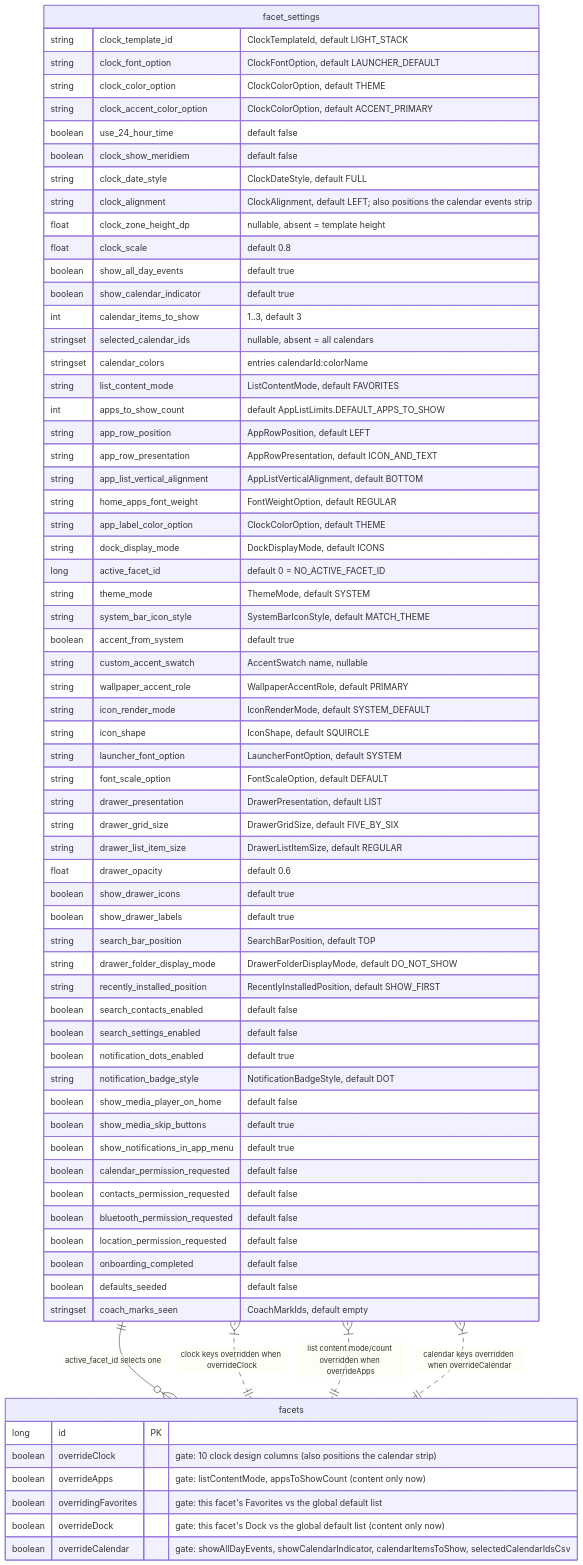
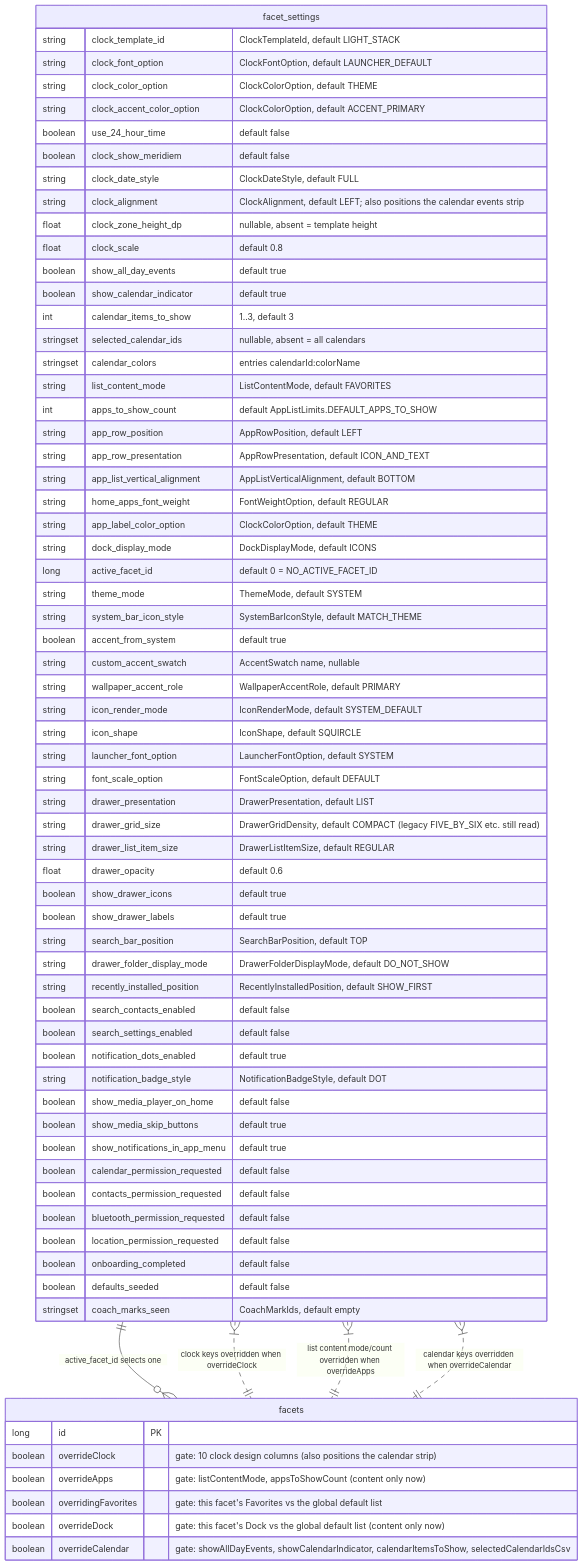
Before and after one commit to rohitganjam/facet-launcher: the third of 3 diagrams in docs/architecture/02-persistence-room.md, drawn with Mermaid. The commit also changed other lines of this file and 24 other files, not shown here.

First line of the commit message:
Drawer grid: density presets sized from the window, search follows the grid

````diff
--- a/docs/architecture/02-persistence-room.md
+++ b/docs/architecture/02-persistence-room.md
@@ -300,75 +300,75 @@
 ```mermaid
 erDiagram
     facet_settings {
         string clock_template_id "ClockTemplateId, default LIGHT_STACK"
         string clock_font_option "ClockFontOption, default LAUNCHER_DEFAULT"
         string clock_color_option "ClockColorOption, default THEME"
         string clock_accent_color_option "ClockColorOption, default ACCENT_PRIMARY"
         boolean use_24_hour_time "default false"
         boolean clock_show_meridiem "default false"
         string clock_date_style "ClockDateStyle, default FULL"
         string clock_alignment "ClockAlignment, default LEFT; also positions the calendar events strip"
         float clock_zone_height_dp "nullable, absent = template height"
         float clock_scale "default 0.8"
         boolean show_all_day_events "default true"
         boolean show_calendar_indicator "default true"
         int calendar_items_to_show "1..3, default 3"
         stringset selected_calendar_ids "nullable, absent = all calendars"
         stringset calendar_colors "entries calendarId:colorName"
         string list_content_mode "ListContentMode, default FAVORITES"
         int apps_to_show_count "default AppListLimits.DEFAULT_APPS_TO_SHOW"
         string app_row_position "AppRowPosition, default LEFT"
         string app_row_presentation "AppRowPresentation, default ICON_AND_TEXT"
         string app_list_vertical_alignment "AppListVerticalAlignment, default BOTTOM"
         string home_apps_font_weight "FontWeightOption, default REGULAR"
         string app_label_color_option "ClockColorOption, default THEME"
         string dock_display_mode "DockDisplayMode, default ICONS"
         long active_facet_id "default 0 = NO_ACTIVE_FACET_ID"
         string theme_mode "ThemeMode, default SYSTEM"
         string system_bar_icon_style "SystemBarIconStyle, default MATCH_THEME"
         boolean accent_from_system "default true"
         string custom_accent_swatch "AccentSwatch name, nullable"
         string wallpaper_accent_role "WallpaperAccentRole, default PRIMARY"
         string icon_render_mode "IconRenderMode, default SYSTEM_DEFAULT"
         string icon_shape "IconShape, default SQUIRCLE"
         string launcher_font_option "LauncherFontOption, default SYSTEM"
         string font_scale_option "FontScaleOption, default DEFAULT"
         string drawer_presentation "DrawerPresentation, default LIST"
-        string drawer_grid_size "DrawerGridSize, default FIVE_BY_SIX"
+        string drawer_grid_size "DrawerGridDensity, default COMPACT (legacy FIVE_BY_SIX etc. still read)"
         string drawer_list_item_size "DrawerListItemSize, default REGULAR"
         float drawer_opacity "default 0.6"
         boolean show_drawer_icons "default true"
         boolean show_drawer_labels "default true"
         string search_bar_position "SearchBarPosition, default TOP"
         string drawer_folder_display_mode "DrawerFolderDisplayMode, default DO_NOT_SHOW"
         string recently_installed_position "RecentlyInstalledPosition, default SHOW_FIRST"
         boolean search_contacts_enabled "default false"
         boolean search_settings_enabled "default false"
         boolean notification_dots_enabled "default true"
         string notification_badge_style "NotificationBadgeStyle, default DOT"
         boolean show_media_player_on_home "default false"
         boolean show_media_skip_buttons "default true"
         boolean show_notifications_in_app_menu "default true"
         boolean calendar_permission_requested "default false"
         boolean contacts_permission_requested "default false"
         boolean bluetooth_permission_requested "default false"
         boolean location_permission_requested "default false"
         boolean onboarding_completed "default false"
         boolean defaults_seeded "default false"
         stringset coach_marks_seen "CoachMarkIds, default empty"
     }
 
     facets {
         long id PK
         boolean overrideClock "gate: 10 clock design columns (also positions the calendar strip)"
         boolean overrideApps "gate: listContentMode, appsToShowCount (content only now)"
         boolean overridingFavorites "gate: this facet's Favorites vs the global default list"
         boolean overrideDock "gate: this facet's Dock vs the global default list (content only now)"
         boolean overrideCalendar "gate: showAllDayEvents, showCalendarIndicator, calendarItemsToShow, selectedCalendarIdsCsv"
     }
 
     facet_settings ||--o{ facets : "active_facet_id selects one"
     facet_settings }|..|| facets : "clock keys overridden when overrideClock"
     facet_settings }|..|| facets : "list content mode/count overridden when overrideApps"
     facet_settings }|..|| facets : "calendar keys overridden when overrideCalendar"
 ```
````
